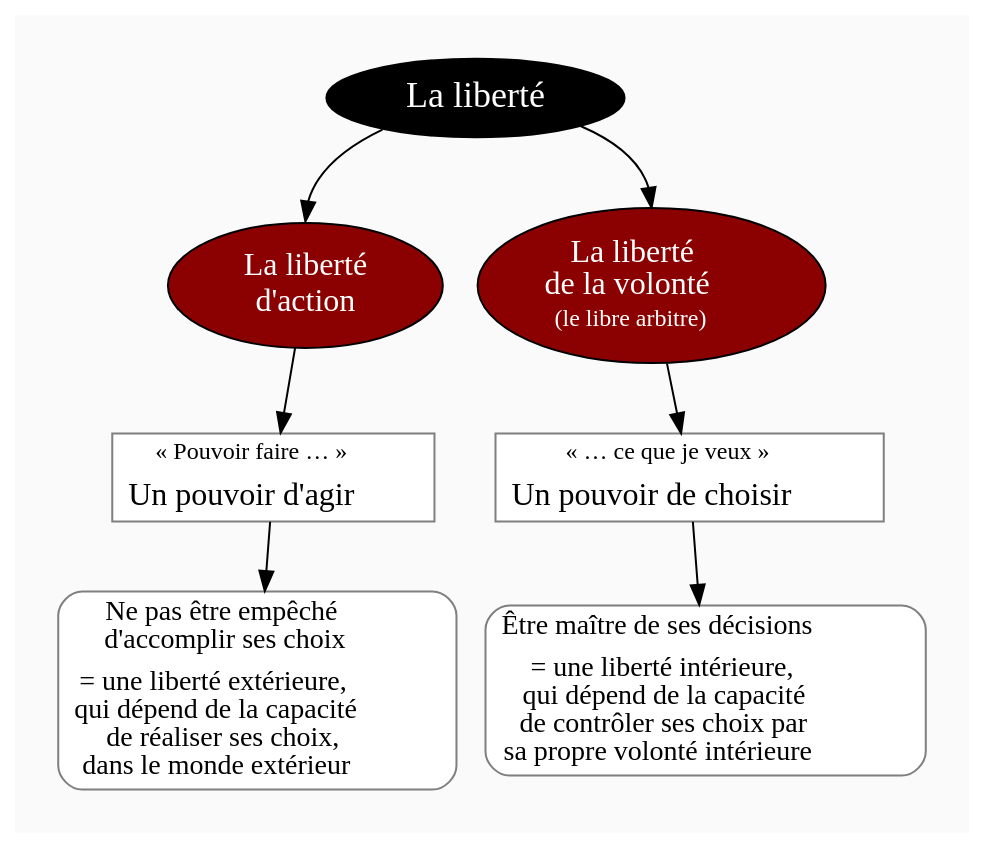
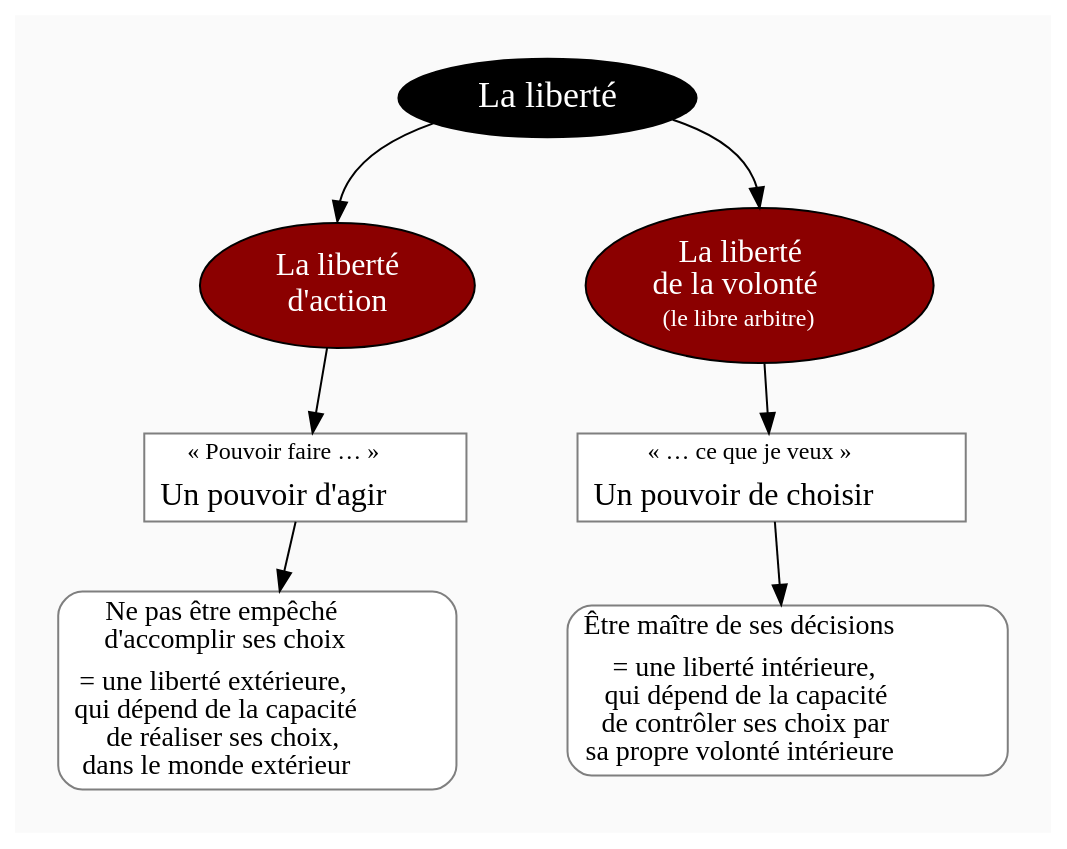
The diagram in diagram/liberte-action-liberte-volonte.dot (eyssette/graphviz-examples), drawn with Graphviz before and after one commit. The commit also changed 7 other files, not shown here.

```diff
--- a/diagram/liberte-action-liberte-volonte.dot
+++ b/diagram/liberte-action-liberte-volonte.dot
@@ -1,90 +1,94 @@
 digraph G {
 // Template : diagram
 // Usage : 
 //rankdir=LR
 splines=true
 //splines=curved
 bgcolor=grey98
 pad=0.3
 style=filled
 edge[minlen=4]
 node[style=filled, fontcolor=white]
 ranksep=0.1
 nodesep=0.2
 
 // NIVEAU 1
 node[fillcolor=12, fontsize=18]
 a1[label="La liberté"]
 
 // NIVEAU 2
 node[fillcolor=red4, fontsize=16]
 a1->{
 b1[label="La liberté
 d'action"]    
 b2[label=<La liberté<br/>
 de la volonté<br/>
 <font point-size="3"><br/></font>
 <font point-size="12">(le libre arbitre)</font>>]
 }[headport=n]
 
+{rank=same; b1->b2[style=invis]}
+
 node[fontcolor=black]
 // NIVEAU 3 (sans intermédiaire)
 node [shape=box, fillcolor=white, color=grey50]
 // c1[label=""]
 b1->c1
 c1[label=<<font point-size="12">« Pouvoir faire … »</font><br/>
 <font point-size="8"><br/></font>
 Un pouvoir d'agir>]
 b2->c2
 c2[label=<<font point-size="12">« … ce que je veux »</font><br/>
 <font point-size="8"><br/></font>
 Un pouvoir de choisir<br/>>]
+
+{rank=same; c1->c2[style=invis]}
 
 // INTERMÉDIAIRE AVANT NIVEAU 3
 node[fillcolor=grey78, shape=oval]
 // [arrowhead=none]
 // bc1[label=""]
 
 // NIVEAU 3 (avec intermédiaire)
 node[fillcolor=white, shape=box, color=grey50]
 // c1[label=""]
 
 // NIVEAU 4
 node[style="filled,rounded", fillcolor=white, shape=box, color=grey50]
 // d1[label=""]
 
 c1->d1
 c2->d2
 
 d1[label=<<font point-size="14">Ne pas être empêché<br/>
 d'accomplir ses choix<br/></font>
 <font point-size="7"><br/></font>
 <font point-size="14">= une liberté extérieure,<br/>
 qui dépend de la capacité<br/>
 de réaliser ses choix,<br/>
 dans le monde extérieur</font>>]
 d2[label=<<font point-size="14">Être maître de ses décisions<br/></font>
 <font point-size="7"><br/></font>
 <font point-size="14">= une liberté intérieure,<br/>
 qui dépend de la capacité<br/>
 de contrôler ses choix par<br/>
 sa propre volonté intérieure</font>>]
 
-
+{rank=same; d1->d2[style=invis]}
 
 // ÉTIQUETTES EN ROUGE
 node[shape=plaintext, fontcolor=firebrick3, fillcolor=grey98]
 // e1[label=< <B>= Titre</B><BR /><BR />Contenu<BR /> >]
 // e1[label=""]
 // ->e1[minlen=1, style=invis]
 
 
 
 // REMARQUES EN BLEU
 node[color=blue, shape=box, margin=0.07, fontcolor=black, fontsize=12, style="dashed", penwidth=0.6]
 edge[color=blue, arrowhead="none", xlabel="", style="dashed", penwidth=0.6]
 // r1[label=""]
 // {rank=same;->r1}
 // {rank=same;r1->[dir=back]}
 
 }
```
